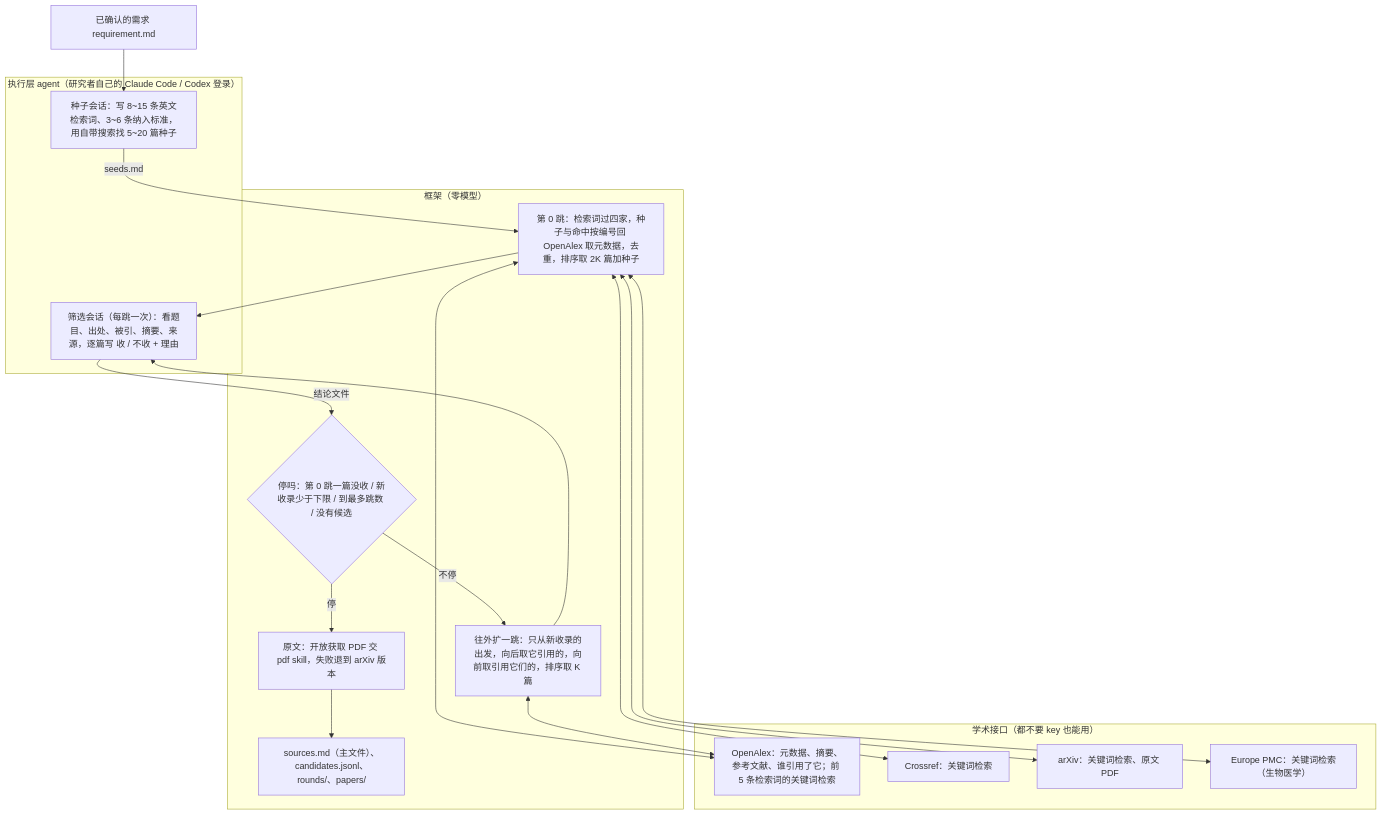
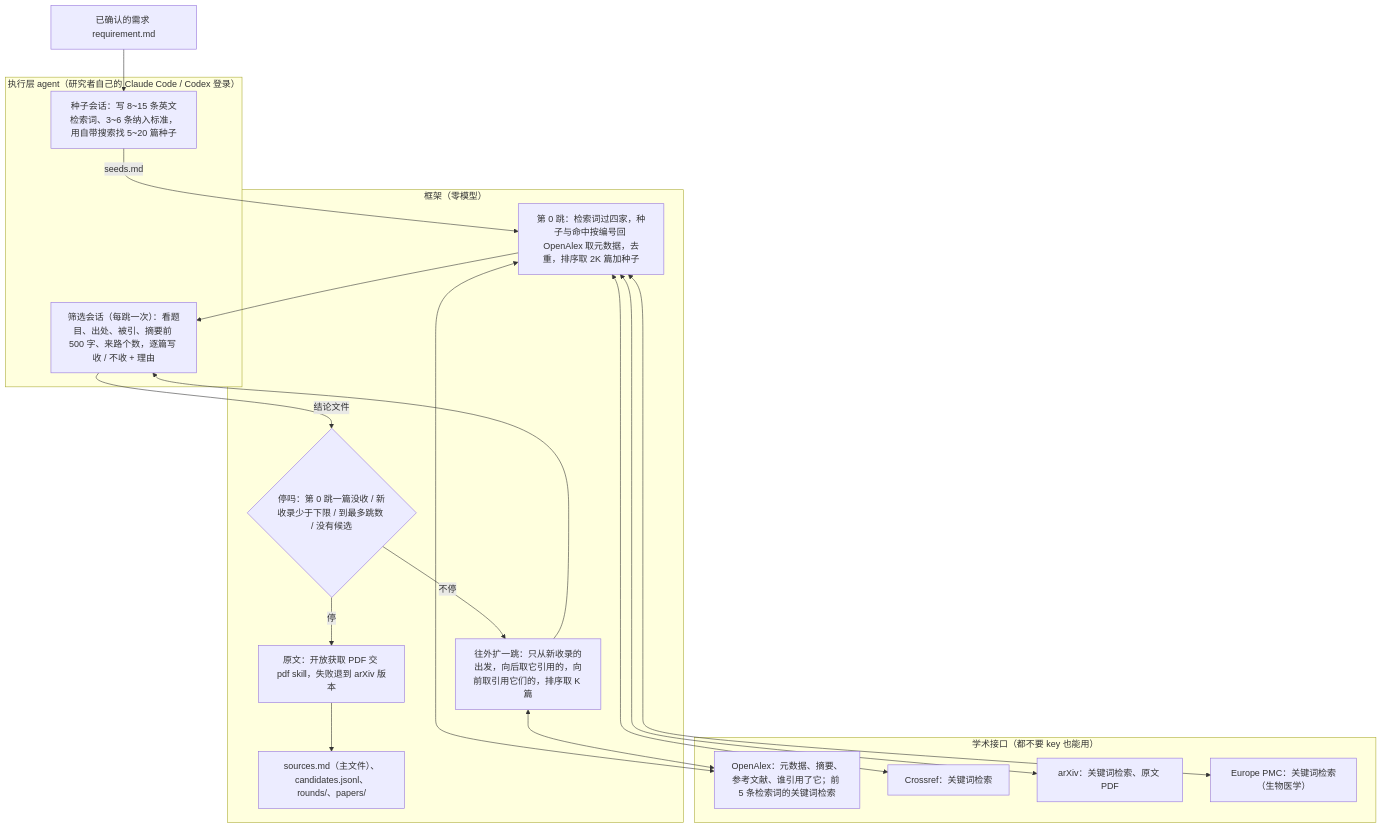
The third of 4 diagrams in docs/specs/literature-search.md (zephyr4123/TJU-AI4Science), drawn with Mermaid before and after one commit. The commit also changed other lines of this file and 3 other files, not shown here.

````diff
--- a/docs/specs/literature-search.md
+++ b/docs/specs/literature-search.md
@@ -98,33 +124,33 @@
 ```mermaid
 flowchart TB
   REQ["已确认的需求 requirement.md"] --> S
   subgraph EXE["执行层 agent（研究者自己的 Claude Code / Codex 登录）"]
     S["种子会话：写 8~15 条英文检索词、3~6 条纳入标准，用自带搜索找 5~20 篇种子"]
-    J["筛选会话（每跳一次）：看题目、出处、被引、摘要、来源，逐篇写 收 / 不收 + 理由"]
+    J["筛选会话（每跳一次）：看题目、出处、被引、摘要前 500 字、来路个数，逐篇写 收 / 不收 + 理由"]
   end
   subgraph FW["框架（零模型）"]
     G["第 0 跳：检索词过四家，种子与命中按编号回 OpenAlex 取元数据，去重，排序取 2K 篇加种子"]
     X["往外扩一跳：只从新收录的出发，向后取它引用的，向前取引用它们的，排序取 K 篇"]
     STOP{"停吗：第 0 跳一篇没收 / 新收录少于下限 / 到最多跳数 / 没有候选"}
     F["原文：开放获取 PDF 交 pdf skill，失败退到 arXiv 版本"]
     OUT["sources.md（主文件）、candidates.jsonl、rounds/、papers/"]
   end
   subgraph API["学术接口（都不要 key 也能用）"]
     OA["OpenAlex：元数据、摘要、参考文献、谁引用了它；前 5 条检索词的关键词检索"]
     CR["Crossref：关键词检索"]
     AX["arXiv：关键词检索、原文 PDF"]
     EP["Europe PMC：关键词检索（生物医学）"]
   end
   S -- "seeds.md" --> G
   G <--> OA
   G <--> CR
   G <--> AX
   G <--> EP
   G --> J
   J -- "结论文件" --> STOP
   STOP -- "不停" --> X
   X <--> OA
   X --> J
   STOP -- "停" --> F
   F --> OUT
 ```
````
